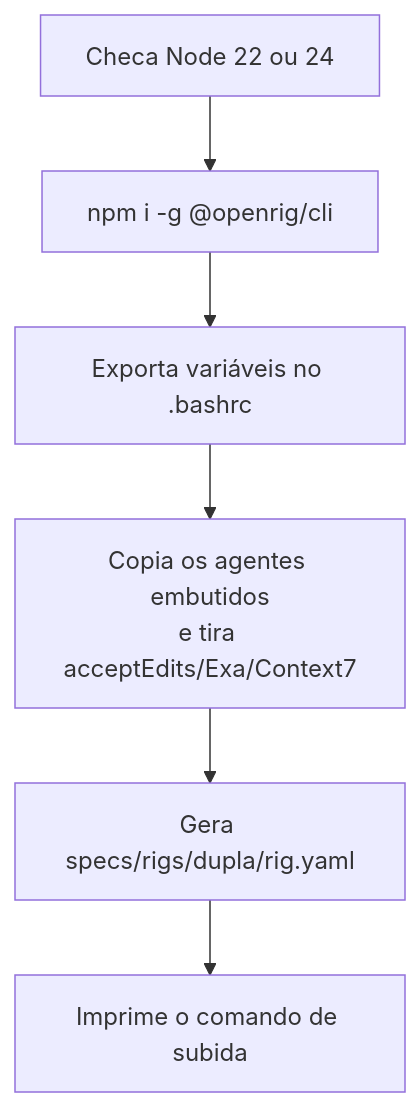
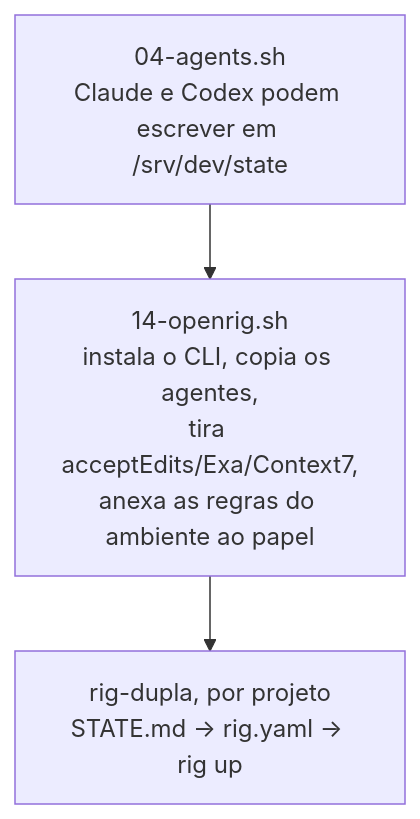
One commit to resper1965/stack-vps changed the third of 3 diagrams in docs/openrig.md. Above: the diagram before and after it, drawn with Mermaid. The commit also changed other lines of this file and 6 other files, not shown here.

First line of the commit message:
feat: OpenRig segue o processo do ambiente

````diff
--- a/docs/openrig.md
+++ b/docs/openrig.md
@@ -44,8 +50,6 @@
 ```mermaid
 flowchart TD
-  a[Checa Node 22 ou 24] --> b[npm i -g @openrig/cli]
-  b --> c[Exporta variáveis no .bashrc]
-  c --> d[Copia os agentes embutidos<br/>e tira acceptEdits/Exa/Context7]
-  d --> e[Gera specs/rigs/dupla/rig.yaml]
-  e --> f[Imprime o comando de subida]
+  a[04-agents.sh<br/>Claude e Codex podem escrever em /srv/dev/state] --> b
+  b[14-openrig.sh<br/>instala o CLI, copia os agentes,<br/>tira acceptEdits/Exa/Context7,<br/>anexa as regras do ambiente ao papel] --> c
+  c[rig-dupla, por projeto<br/>STATE.md → rig.yaml → rig up]
 ```
````
